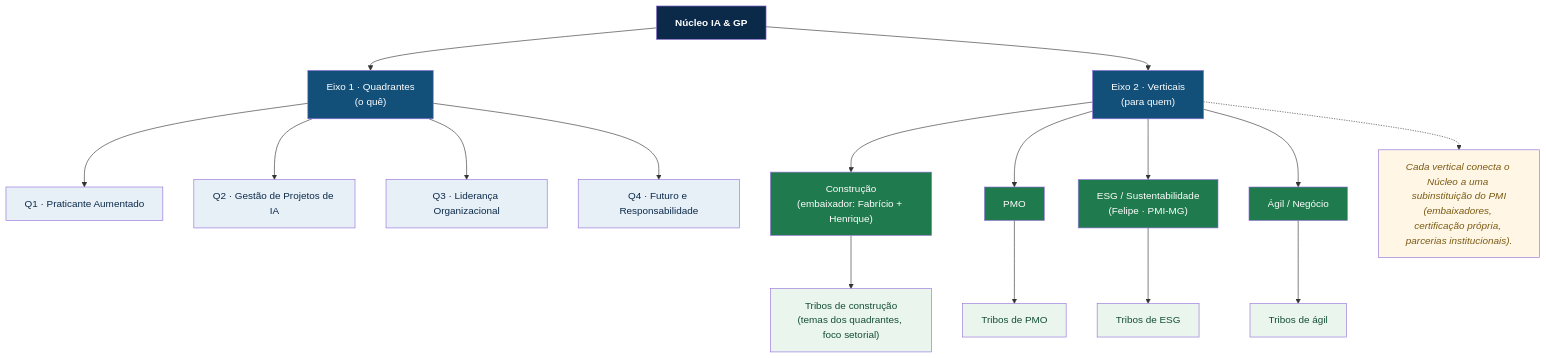
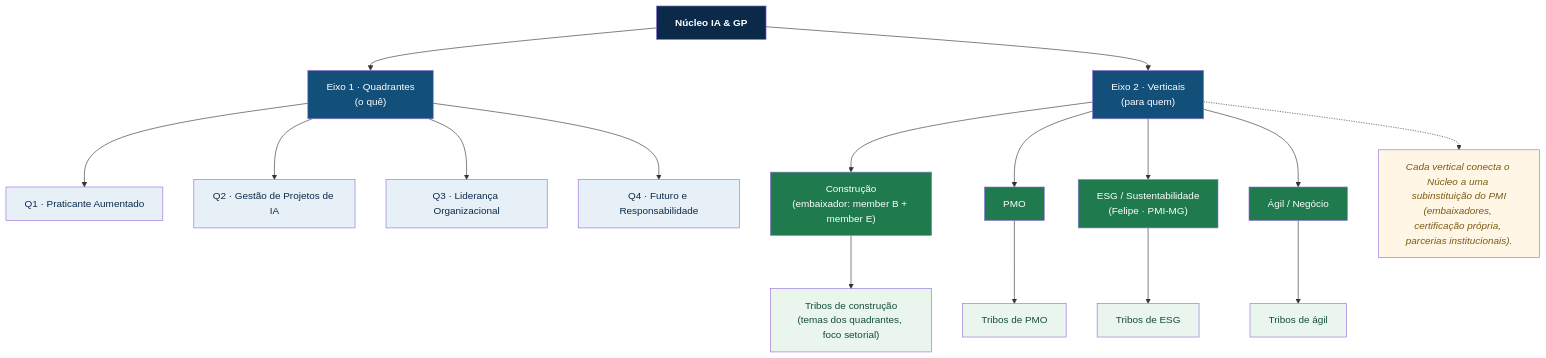
One commit to VitorMRodovalho/ai-pm-research-hub changed the diagram in _handoff/kickoff-ciclo4/HANDOFF-iniciativa-kickoff-ciclo4.md. Above: the diagram before and after it, drawn with Mermaid. The commit also changed other lines of this file and 13 other files, not shown here.

````diff
--- a/_handoff/kickoff-ciclo4/HANDOFF-iniciativa-kickoff-ciclo4.md
+++ b/_handoff/kickoff-ciclo4/HANDOFF-iniciativa-kickoff-ciclo4.md
@@ -147,32 +147,32 @@
 ```mermaid
 flowchart TB
   N["Núcleo IA & GP"]:::core
 
   N --> Q["Eixo 1 · Quadrantes<br/>(o quê)"]:::axis
   N --> V["Eixo 2 · Verticais<br/>(para quem)"]:::axis
 
   Q --> Q1["Q1 · Praticante Aumentado"]:::q
   Q --> Q2["Q2 · Gestão de Projetos de IA"]:::q
   Q --> Q3["Q3 · Liderança Organizacional"]:::q
   Q --> Q4["Q4 · Futuro e Responsabilidade"]:::q
 
-  V --> VC["Construção<br/>(embaixador: Fabrício + Henrique)"]:::v
+  V --> VC["Construção<br/>(embaixador: member B + member E)"]:::v
   V --> VP["PMO"]:::v
   V --> VE["ESG / Sustentabilidade<br/>(Felipe · PMI-MG)"]:::v
   V --> VA["Ágil / Negócio"]:::v
 
   VC --> TC["Tribos de construção<br/>(temas dos quadrantes, foco setorial)"]:::t
   VP --> TP["Tribos de PMO"]:::t
   VE --> TE["Tribos de ESG"]:::t
   VA --> TA["Tribos de ágil"]:::t
 
   NOTE["Cada vertical conecta o Núcleo a uma subinstituição do PMI<br/>(embaixadores, certificação própria, parcerias institucionais)."]:::note
   V -.-> NOTE
 
   classDef core fill:#0B2A4A,color:#fff,font-weight:bold;
   classDef axis fill:#12507a,color:#fff;
   classDef q fill:#e8f0f7,color:#0B2A4A;
   classDef v fill:#1f7a4d,color:#fff;
   classDef t fill:#eaf5ee,color:#134e34;
   classDef note fill:#fff6e6,color:#7a5a12,font-style:italic;
 ```
````
